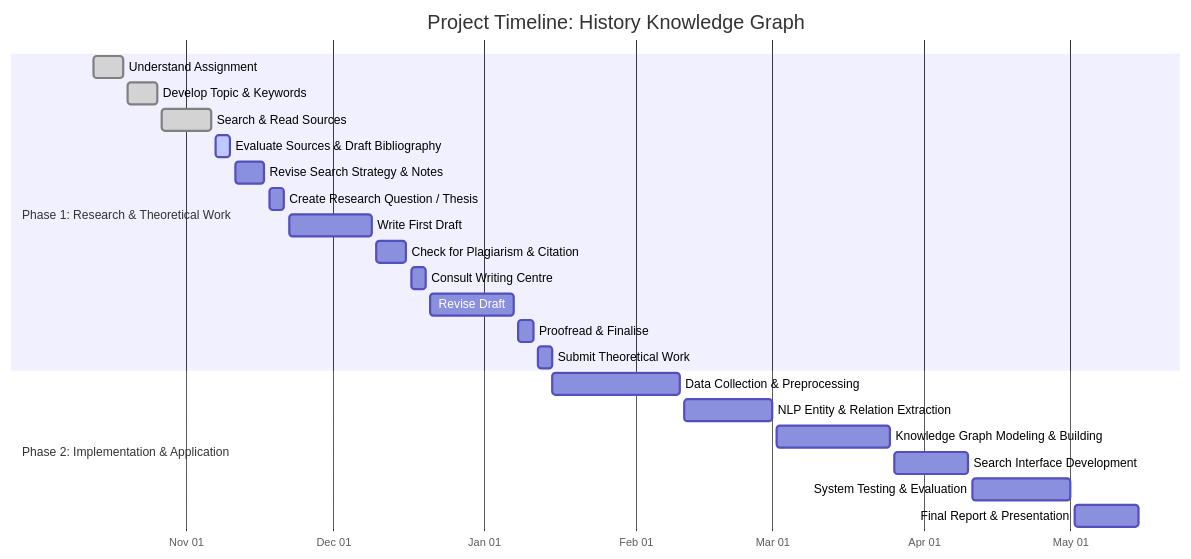
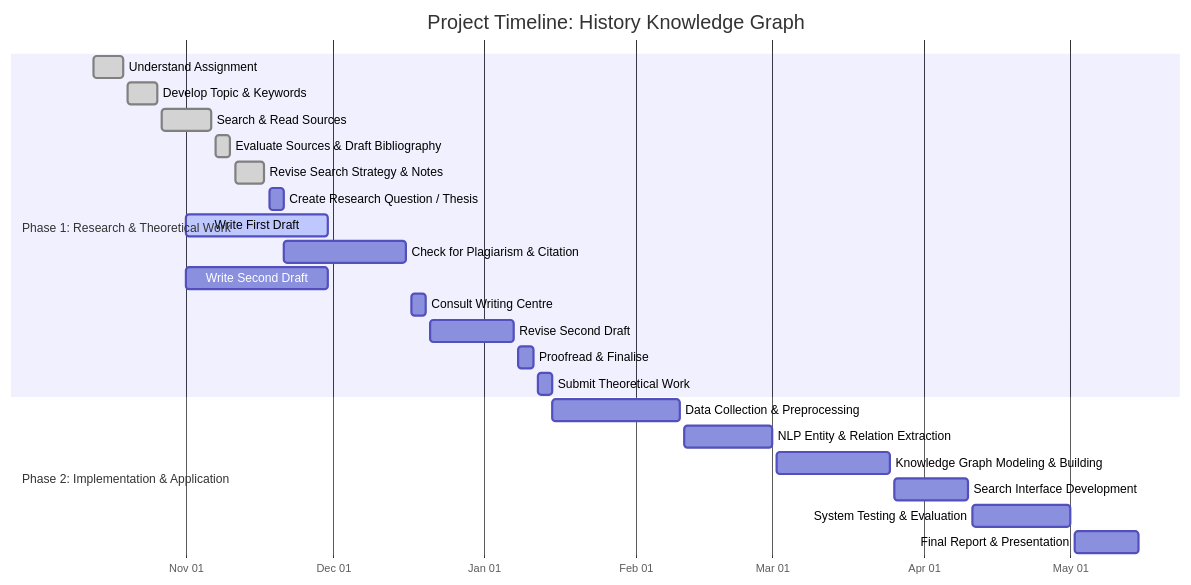
One commit to Mohammad-ALADDASI/ChronoLearn changed the diagram in README.md. Above: the diagram before and after it, drawn with Mermaid.

Commit message:
Update project timeline and task statuses in README

````diff
--- a/README.md
+++ b/README.md
@@ -66,29 +66,30 @@
 ```mermaid
 gantt
     title Project Timeline: History Knowledge Graph
     dateFormat  YYYY-MM-DD
     axisFormat  %b %d
 
     section Phase 1: Research & Theoretical Work
     Understand Assignment               :done, s1, 2025-10-13, 2025-10-19
     Develop Topic & Keywords             :done, s2, 2025-10-20, 2025-10-26
     Search & Read Sources                :done, s3, 2025-10-27, 2025-11-06
-    Evaluate Sources & Draft Bibliography :active, s4, 2025-11-07, 2025-11-10
-    Revise Search Strategy & Notes       :s5, 2025-11-11, 2025-11-17
+    Evaluate Sources & Draft Bibliography :done, s4, 2025-11-07, 2025-11-10
+    Revise Search Strategy & Notes       :done, s5, 2025-11-11, 2025-11-17
     Create Research Question / Thesis    :s6, 2025-11-18, 2025-11-21
-    Write First Draft                    :s7, 2025-11-22, 2025-12-09
-    Check for Plagiarism & Citation      :s8, 2025-12-10, 2025-12-16
-    Consult Writing Centre               :s9, 2025-12-17, 2025-12-20
-    Revise Draft                         :s10, 2025-12-21, 2026-01-07
-    Proofread & Finalise                 :s11, 2026-01-08, 2026-01-11
-    Submit Theoretical Work              :s12, 2026-01-12, 2026-01-15
+    Write First Draft                    :active,s7, 2025-11-01, 2025-11-30
+    Check for Plagiarism & Citation      :s8, 2025-11-21, 2025-12-16
+    Write Second Draft                   :s9, 2025-11-01, 2025-11-30
+    Consult Writing Centre               :s10, 2025-12-17, 2025-12-20
+    Revise Second Draft                  :s11, 2025-12-21, 2026-01-07
+    Proofread & Finalise                 :s12, 2026-01-08, 2026-01-11
+    Submit Theoretical Work              :s13, 2026-01-12, 2026-01-15
 
     section Phase 2: Implementation & Application
-    Data Collection & Preprocessing      :s13, 2026-01-15, 2026-02-10
-    NLP Entity & Relation Extraction     :s14, 2026-02-11, 2026-03-01
-    Knowledge Graph Modeling & Building  :s15, 2026-03-02, 2026-03-25
-    Search Interface Development         :s16, 2026-03-26, 2026-04-10
-    System Testing & Evaluation          :s17, 2026-04-11, 2026-05-01
-    Final Report & Presentation          :s18, 2026-05-02, 2026-05-15
+    Data Collection & Preprocessing      :s14, 2026-01-15, 2026-02-10
+    NLP Entity & Relation Extraction     :s15, 2026-02-11, 2026-03-01
+    Knowledge Graph Modeling & Building  :s16, 2026-03-02, 2026-03-25
+    Search Interface Development         :s17, 2026-03-26, 2026-04-10
+    System Testing & Evaluation          :s18, 2026-04-11, 2026-05-01
+    Final Report & Presentation          :s19, 2026-05-02, 2026-05-15
 
 ```
````
